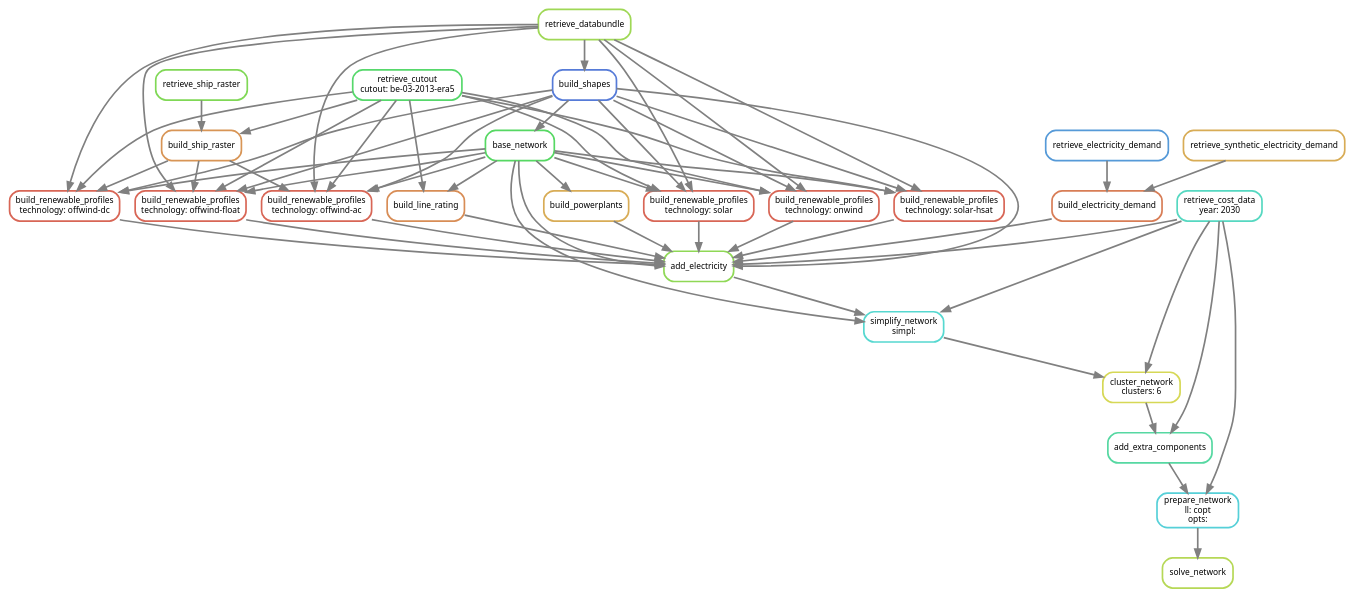
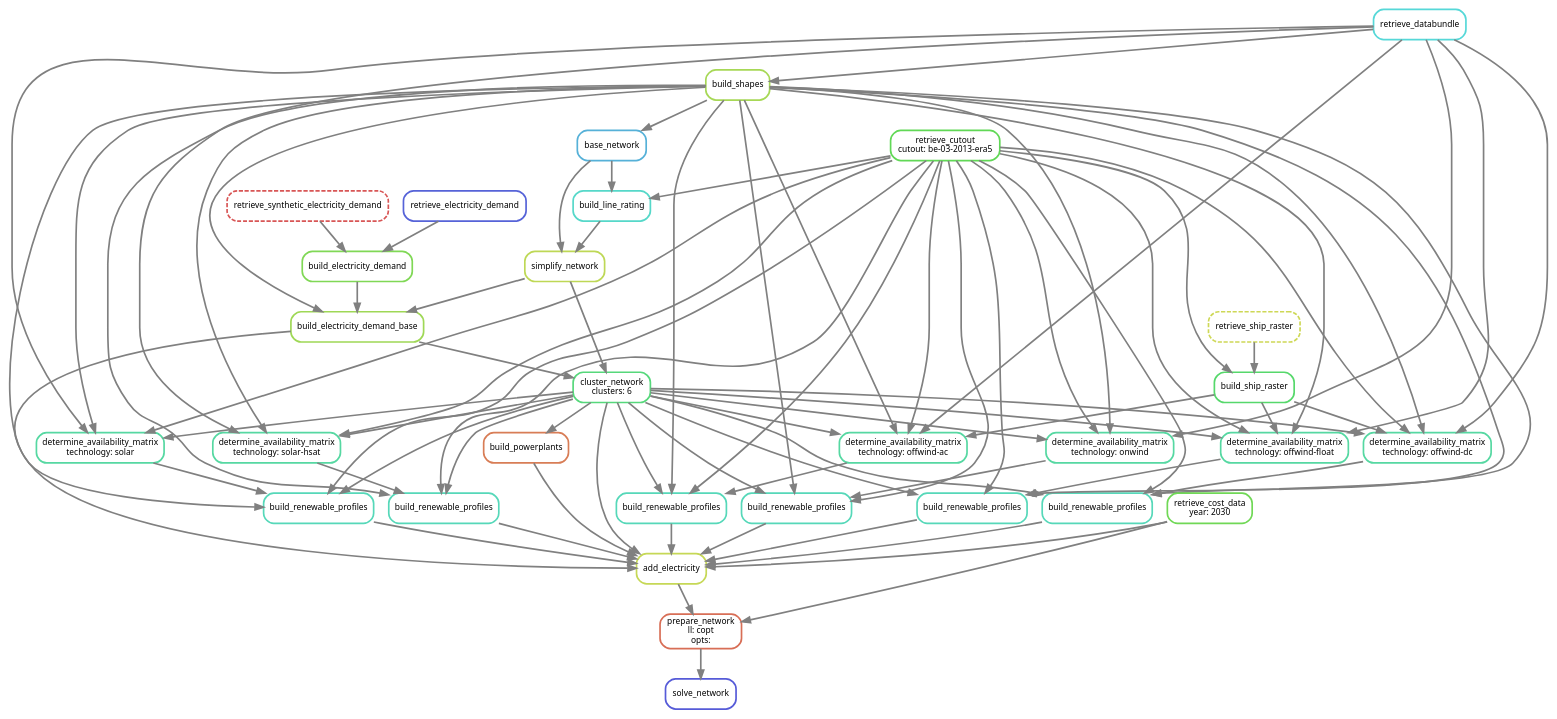
One commit to PyPSA/pypsa-eur changed the diagram in doc/tutorial.rst. Above: the diagram before and after it, drawn with Graphviz. The commit also changed other lines of this file and 83 other files, not shown here.

Commit message:
Cluster first: build renewable profiles and add all assets after clustering

```diff
--- a/doc/tutorial.rst
+++ b/doc/tutorial.rst
@@ -132,86 +132,114 @@
         graph[bgcolor=white, margin=0];
         node[shape=box, style=rounded, fontname=sans,                 fontsize=10, penwidth=2];
         edge[penwidth=2, color=grey];
-            0[label = "solve_network", color = "0.21 0.6 0.85", style="rounded"];
-            1[label = "prepare_network\nll: copt\nopts: ", color = "0.51 0.6 0.85", style="rounded"];
-            2[label = "add_extra_components", color = "0.43 0.6 0.85", style="rounded"];
-            3[label = "cluster_network\nclusters: 6", color = "0.17 0.6 0.85", style="rounded"];
-            4[label = "simplify_network\nsimpl: ", color = "0.49 0.6 0.85", style="rounded"];
-            5[label = "add_electricity", color = "0.26 0.6 0.85", style="rounded"];
-            6[label = "build_renewable_profiles\ntechnology: solar", color = "0.02 0.6 0.85", style="rounded"];
-            7[label = "base_network", color = "0.35 0.6 0.85", style="rounded"];
-            8[label = "build_shapes", color = "0.62 0.6 0.85", style="rounded"];
-            9[label = "retrieve_databundle", color = "0.24 0.6 0.85", style="rounded"];
-            10[label = "retrieve_cutout\ncutout: be-03-2013-era5", color = "0.36 0.6 0.85", style="rounded"];
-            11[label = "build_renewable_profiles\ntechnology: solar-hsat", color = "0.02 0.6 0.85", style="rounded"];
-            12[label = "build_renewable_profiles\ntechnology: onwind", color = "0.02 0.6 0.85", style="rounded"];
-            13[label = "build_renewable_profiles\ntechnology: offwind-ac", color = "0.02 0.6 0.85", style="rounded"];
-            14[label = "build_ship_raster", color = "0.08 0.6 0.85", style="rounded"];
-            15[label = "retrieve_ship_raster", color = "0.28 0.6 0.85", style="rounded"];
-            16[label = "build_renewable_profiles\ntechnology: offwind-dc", color = "0.02 0.6 0.85", style="rounded"];
-            17[label = "build_renewable_profiles\ntechnology: offwind-float", color = "0.02 0.6 0.85", style="rounded"];
-            18[label = "build_line_rating", color = "0.07 0.6 0.85", style="rounded"];
-            19[label = "retrieve_cost_data\nyear: 2030", color = "0.47 0.6 0.85", style="rounded"];
-            20[label = "build_powerplants", color = "0.11 0.6 0.85", style="rounded"];
-            21[label = "build_electricity_demand", color = "0.05 0.6 0.85", style="rounded"];
-            22[label = "retrieve_electricity_demand", color = "0.58 0.6 0.85", style="rounded"];
-            23[label = "retrieve_synthetic_electricity_demand", color = "0.11 0.6 0.85", style="rounded"];
+            0[label = "solve_network", color = "0.66 0.6 0.85", style="rounded"];
+            1[label = "prepare_network\nll: copt\nopts: ", color = "0.03 0.6 0.85", style="rounded"];
+            2[label = "add_electricity", color = "0.19 0.6 0.85", style="rounded"];
+            3[label = "build_renewable_profiles", color = "0.46 0.6 0.85", style="rounded"];
+            4[label = "determine_availability_matrix\ntechnology: solar", color = "0.43 0.6 0.85", style="rounded"];
+            5[label = "retrieve_databundle", color = "0.50 0.6 0.85", style="rounded"];
+            6[label = "build_shapes", color = "0.23 0.6 0.85", style="rounded"];
+            7[label = "cluster_network\nclusters: 6", color = "0.38 0.6 0.85", style="rounded"];
+            8[label = "simplify_network", color = "0.20 0.6 0.85", style="rounded"];
+            9[label = "build_line_rating", color = "0.48 0.6 0.85", style="rounded"];
+            10[label = "base_network", color = "0.55 0.6 0.85", style="rounded"];
+            11[label = "retrieve_cutout\ncutout: be-03-2013-era5", color = "0.32 0.6 0.85", style="rounded"];
+            12[label = "build_electricity_demand_base", color = "0.24 0.6 0.85", style="rounded"];
+            13[label = "build_electricity_demand", color = "0.28 0.6 0.85", style="rounded"];
+            14[label = "retrieve_electricity_demand", color = "0.65 0.6 0.85", style="rounded"];
+            15[label = "retrieve_synthetic_electricity_demand", color = "0.00 0.6 0.85", style="rounded,dashed"];
+            16[label = "build_renewable_profiles", color = "0.46 0.6 0.85", style="rounded"];
+            17[label = "determine_availability_matrix\ntechnology: solar-hsat", color = "0.43 0.6 0.85", style="rounded"];
+            18[label = "build_renewable_profiles", color = "0.46 0.6 0.85", style="rounded"];
+            19[label = "determine_availability_matrix\ntechnology: onwind", color = "0.43 0.6 0.85", style="rounded"];
+            20[label = "build_renewable_profiles", color = "0.46 0.6 0.85", style="rounded"];
+            21[label = "determine_availability_matrix\ntechnology: offwind-ac", color = "0.43 0.6 0.85", style="rounded"];
+            22[label = "build_ship_raster", color = "0.36 0.6 0.85", style="rounded"];
+            23[label = "retrieve_ship_raster", color = "0.18 0.6 0.85", style="rounded,dashed"];
+            24[label = "build_renewable_profiles", color = "0.46 0.6 0.85", style="rounded"];
+            25[label = "determine_availability_matrix\ntechnology: offwind-dc", color = "0.43 0.6 0.85", style="rounded"];
+            26[label = "build_renewable_profiles", color = "0.46 0.6 0.85", style="rounded"];
+            27[label = "determine_availability_matrix\ntechnology: offwind-float", color = "0.43 0.6 0.85", style="rounded"];
+            28[label = "retrieve_cost_data\nyear: 2030", color = "0.30 0.6 0.85", style="rounded"];
+            29[label = "build_powerplants", color = "0.05 0.6 0.85", style="rounded"];
             1 -> 0
             2 -> 1
-            19 -> 1
+            28 -> 1
             3 -> 2
-            19 -> 2
+            16 -> 2
+            18 -> 2
+            20 -> 2
+            24 -> 2
+            26 -> 2
+            7 -> 2
+            28 -> 2
+            29 -> 2
+            12 -> 2
             4 -> 3
-            19 -> 3
+            6 -> 3
+            7 -> 3
+            11 -> 3
             5 -> 4
-            19 -> 4
+            6 -> 4
             7 -> 4
-            6 -> 5
-            11 -> 5
-            12 -> 5
-            13 -> 5
-            16 -> 5
-            17 -> 5
-            7 -> 5
-            18 -> 5
-            19 -> 5
-            20 -> 5
-            21 -> 5
-            8 -> 5
-            7 -> 6
-            9 -> 6
-            8 -> 6
-            10 -> 6
+            11 -> 4
+            5 -> 6
             8 -> 7
+            12 -> 7
             9 -> 8
-            7 -> 11
-            9 -> 11
-            8 -> 11
-            10 -> 11
-            7 -> 12
-            9 -> 12
+            10 -> 8
+            10 -> 9
+            11 -> 9
+            6 -> 10
             8 -> 12
-            10 -> 12
-            7 -> 13
-            9 -> 13
+            6 -> 12
+            13 -> 12
             14 -> 13
-            8 -> 13
-            10 -> 13
-            15 -> 14
-            10 -> 14
+            15 -> 13
+            17 -> 16
+            6 -> 16
             7 -> 16
-            9 -> 16
-            14 -> 16
-            8 -> 16
-            10 -> 16
+            11 -> 16
+            5 -> 17
+            6 -> 17
             7 -> 17
-            9 -> 17
-            14 -> 17
-            8 -> 17
-            10 -> 17
+            11 -> 17
+            19 -> 18
+            6 -> 18
             7 -> 18
-            10 -> 18
+            11 -> 18
+            5 -> 19
+            6 -> 19
+            7 -> 19
+            11 -> 19
+            21 -> 20
+            6 -> 20
             7 -> 20
+            11 -> 20
+            5 -> 21
             22 -> 21
-            23 -> 21
-    }
+            6 -> 21
+            7 -> 21
+            11 -> 21
+            23 -> 22
+            11 -> 22
+            25 -> 24
+            6 -> 24
+            7 -> 24
+            11 -> 24
+            5 -> 25
+            22 -> 25
+            6 -> 25
+            7 -> 25
+            11 -> 25
+            27 -> 26
+            6 -> 26
+            7 -> 26
+            11 -> 26
+            5 -> 27
+            22 -> 27
+            6 -> 27
+            7 -> 27
+            11 -> 27
+            7 -> 29
+    } 
```
